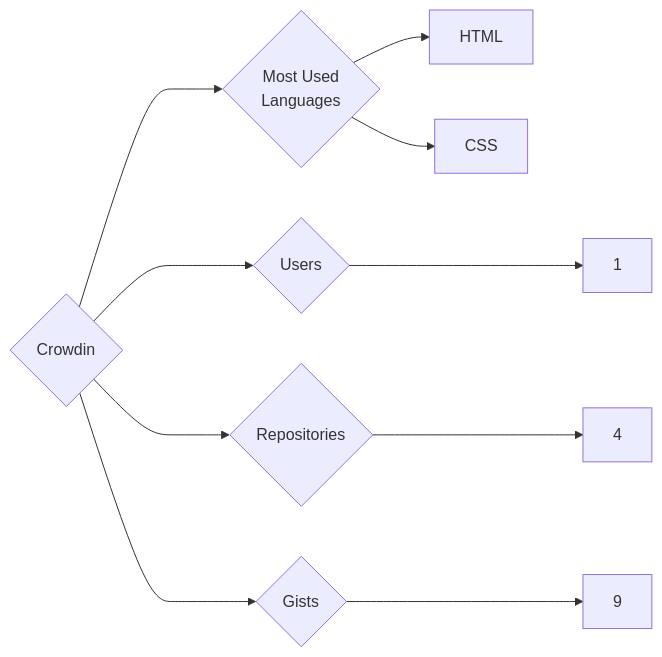
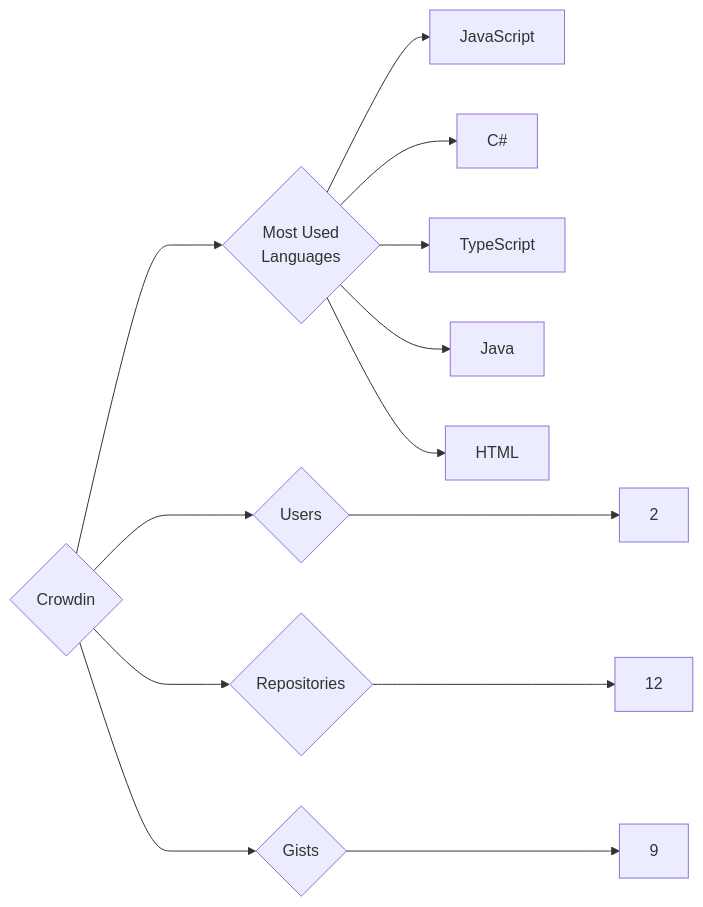
The diagram in targets/Crowdin/README.md (trickest/insiders), drawn with Mermaid before and after one commit. The commit also changed 773 other files, not shown here.

````diff
--- a/targets/Crowdin/README.md
+++ b/targets/Crowdin/README.md
@@ -3,10 +3,13 @@
 ```mermaid
 graph LR
 COMPANY_NAME{Crowdin}
-COMPANY_NAME ---> U{Users} ---> UN[1]
-COMPANY_NAME ---> R{Repositories} ---> RN[4]
+COMPANY_NAME ---> U{Users} ---> UN[2]
+COMPANY_NAME ---> R{Repositories} ---> RN[12]
 COMPANY_NAME ---> G{Gists} ---> GN[9]
 COMPANY_NAME ---> ML{Most Used<br>Languages}
+ML --> JavaScript[JavaScript]
+ML --> C#[C#]
+ML --> TypeScript[TypeScript]
+ML --> Java[Java]
 ML --> HTML[HTML]
-ML --> CSS[CSS]
 ```
````
